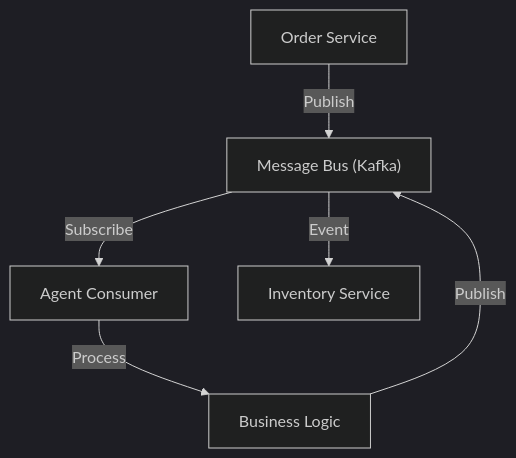
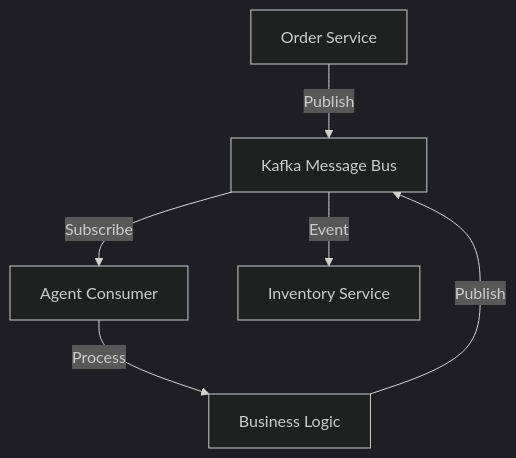
Before and after one commit to sricheru/agentic-ai-portfolio: diagram 18 of 20 in genai_enterprise_usecases/ARCHITECTURE_GUIDE.md, drawn with Mermaid (dark theme). The commit also changed other lines of this file, not shown here.

Commit message:
fix(mermaid): completely sanitize all node shapes and labels for GitHub compatibility

````diff
--- a/genai_enterprise_usecases/ARCHITECTURE_GUIDE.md
+++ b/genai_enterprise_usecases/ARCHITECTURE_GUIDE.md
@@ -403,8 +401,8 @@
 ```mermaid
 graph TD
-    Source[Order Service] -->|Publish| Bus["Message Bus (Kafka)"]
+    Source[Order Service] -->|Publish| Bus["Kafka Message Bus"]
     Bus -->|Subscribe| Consumer[Agent Consumer]
     Consumer -->|Process| Logic[Business Logic]
     Logic -->|Publish| Bus
     Bus -->|Event| Inventory[Inventory Service]
 ```
````
